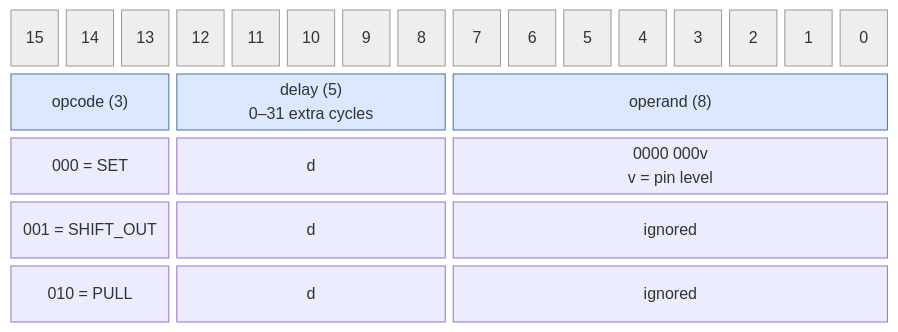
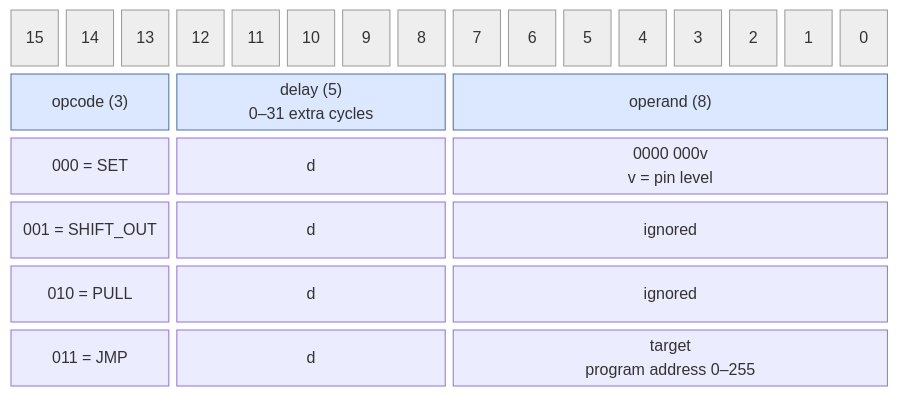
Before and after one commit to cshieldsce/smallcore: the diagram in docs/isa_encoding.mmd, drawn with Mermaid. The commit also changed 11 other files, not shown here.

Commit message:
update diagrams for jmp

```diff
--- a/docs/isa_encoding.mmd
+++ b/docs/isa_encoding.mmd
@@ -1,13 +1,14 @@
 block-beta
   columns 16
   b15["15"] b14["14"] b13["13"] b12["12"] b11["11"] b10["10"] b9["9"] b8["8"]
   b7["7"] b6["6"] b5["5"] b4["4"] b3["3"] b2["2"] b1["1"] b0["0"]
   opcode["opcode (3)"]:3 delay["delay (5)<br/>0–31 extra cycles"]:5 operand["operand (8)"]:8
   set["000 = SET"]:3 setd["d"]:5 setop["0000 000v<br/>v = pin level"]:8
   shift["001 = SHIFT_OUT"]:3 shiftd["d"]:5 shiftop["ignored"]:8
   pull["010 = PULL"]:3 pulld["d"]:5 pullop["ignored"]:8
+  jmp["011 = JMP"]:3 jmpd["d"]:5 jmpop["target<br/>program address 0–255"]:8
 
   classDef hdr fill:#eee,stroke:#999,color:#555
   classDef field fill:#dbe8ff,stroke:#4a6fa5
   class b15,b14,b13,b12,b11,b10,b9,b8,b7,b6,b5,b4,b3,b2,b1,b0 hdr
   class opcode,delay,operand field
```
